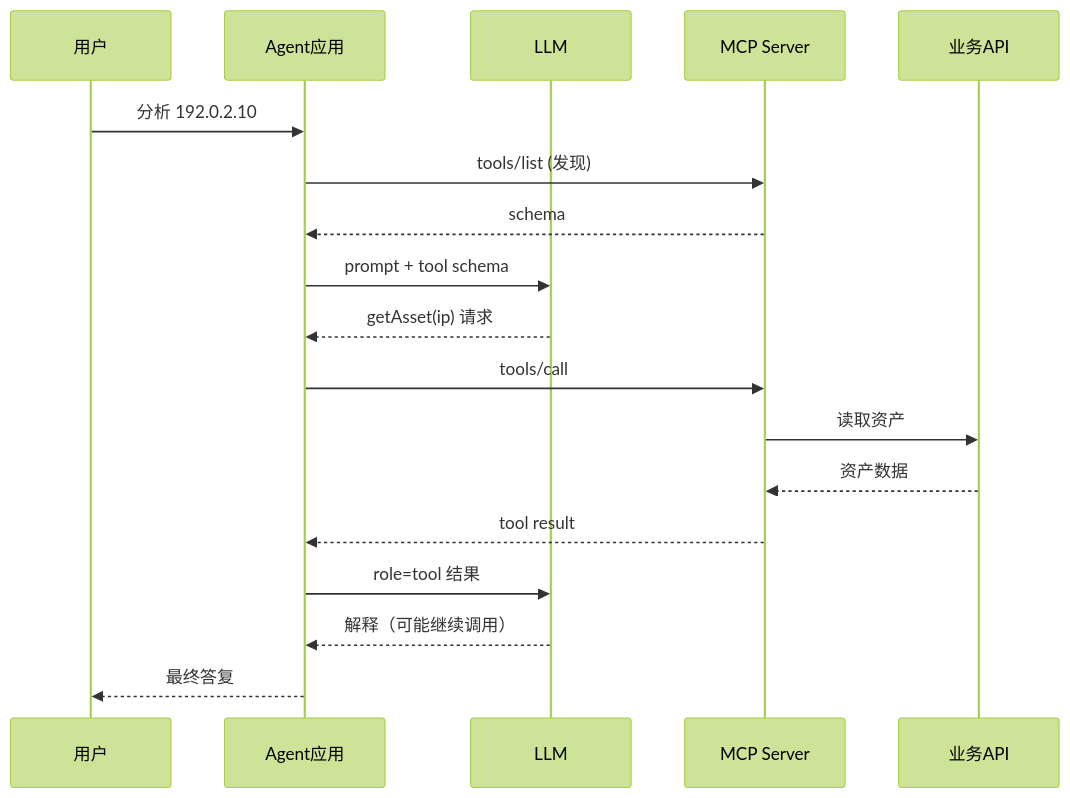
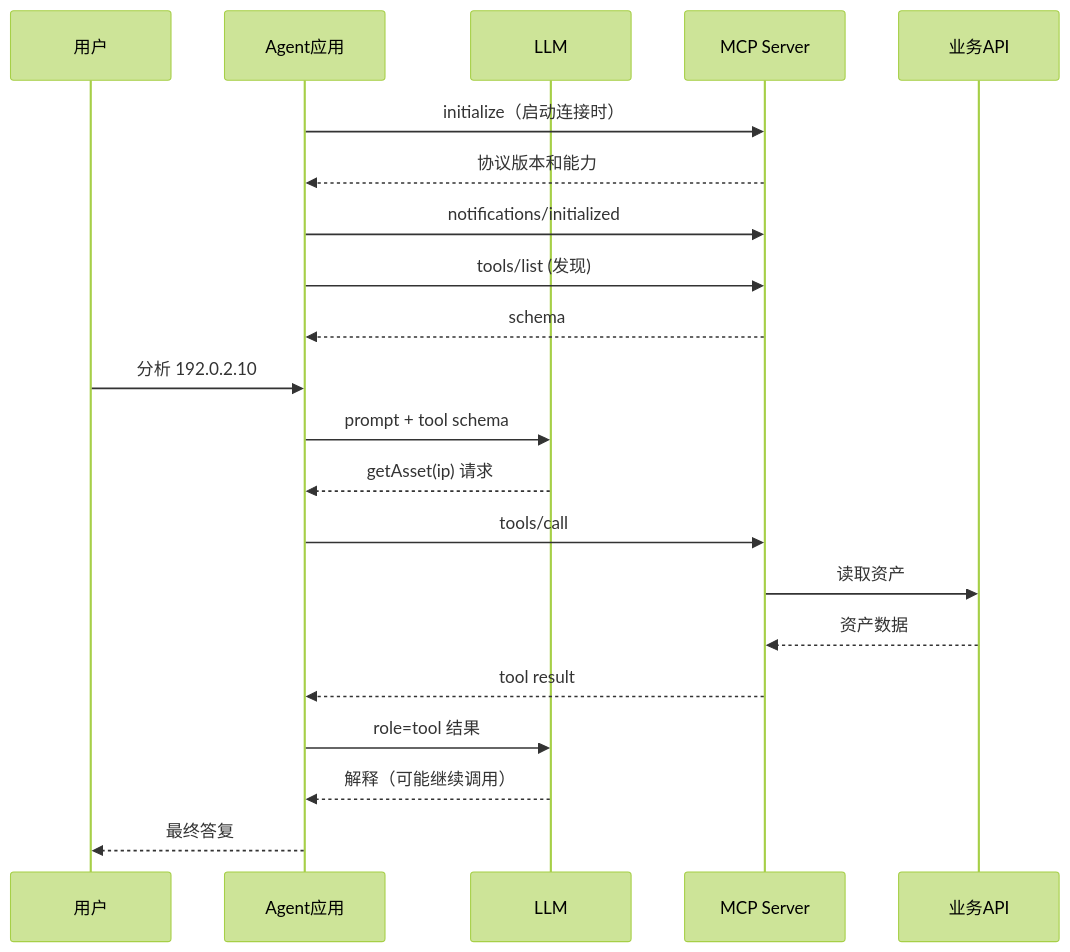
One commit to yuxuefenfei/asset-security-agent-lab changed the diagram in docs/04-ToolCalling与MCP讲解.md. Above: the diagram before and after it, drawn with Mermaid (forest theme). The commit also changed other lines of this file and 24 other files, not shown here.

````diff
--- a/docs/04-ToolCalling与MCP讲解.md
+++ b/docs/04-ToolCalling与MCP讲解.md
@@ -67,20 +67,23 @@
 ```mermaid
 sequenceDiagram
     participant User as 用户
     participant A as Agent应用
     participant L as LLM
     participant M as MCP Server
     participant B as 业务API
-    User ->> A: 分析 192.0.2.10
+    A ->> M: initialize（启动连接时）
+    M -->> A: 协议版本和能力
+    A ->> M: notifications/initialized
     A ->> M: tools/list (发现)
     M -->> A: schema
+    User ->> A: 分析 192.0.2.10
     A ->> L: prompt + tool schema
     L -->> A: getAsset(ip) 请求
     A ->> M: tools/call
     M ->> B: 读取资产
     B -->> M: 资产数据
     M -->> A: tool result
     A ->> L: role=tool 结果
     L -->> A: 解释（可能继续调用）
     A -->> User: 最终答复
 ```
````
